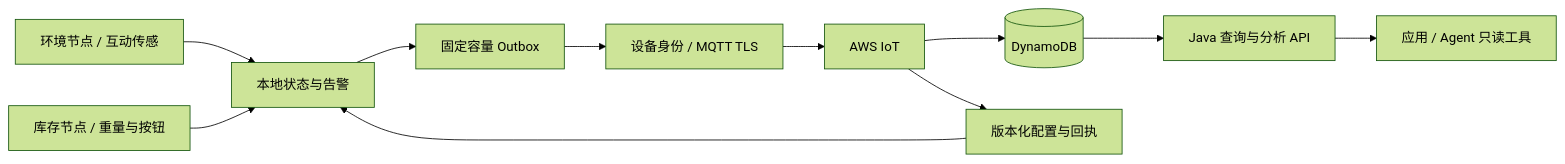
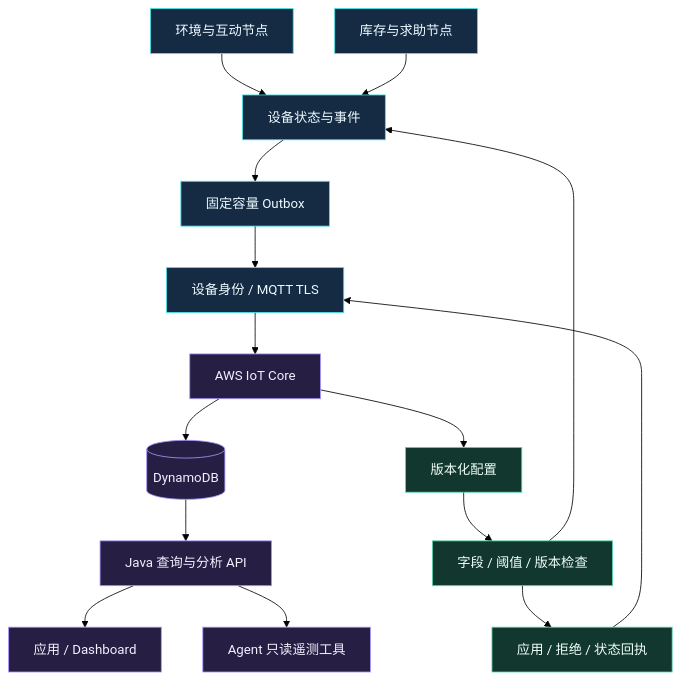
Before and after one commit to KristenYue/smart-supermarket-shelf: the diagram in README.md, drawn with Mermaid (forest theme). The commit also changed other lines of this file, not shown here.

````diff
--- a/README.md
+++ b/README.md
@@ -18,13 +68,27 @@
 ```mermaid
-flowchart LR
-    E[环境节点 / 互动传感] --> S[本地状态与告警]
-    I[库存节点 / 重量与按钮] --> S
-    S --> O[固定容量 Outbox]
-    O --> M[设备身份 / MQTT TLS]
-    M --> A[AWS IoT]
-    A --> D[(DynamoDB)]
-    D --> J[Java 查询与分析 API]
-    J --> U[应用 / Agent 只读工具]
-    A --> C[版本化配置与回执]
-    C --> S
+flowchart TB
+    E["环境与互动节点"] --> S["设备状态与事件"]
+    I["库存与求助节点"] --> S
+
+    S --> O["固定容量 Outbox"]
+    O --> M["设备身份 / MQTT TLS"]
+    M --> A["AWS IoT Core"]
+    A --> D[("DynamoDB")]
+    D --> J["Java 查询与分析 API"]
+    J --> U["应用 / Dashboard"]
+    J --> G["Agent 只读遥测工具"]
+
+    A --> C["版本化配置"]
+    C --> V["字段 / 阈值 / 版本检查"]
+    V --> S
+    V --> R["应用 / 拒绝 / 状态回执"]
+    R --> M
+
+    classDef edge fill:#142b43,stroke:#46dfe5,color:#eefaff;
+    classDef cloud fill:#261e43,stroke:#aa95ff,color:#f4f0ff;
+    classDef control fill:#12372e,stroke:#58d9ac,color:#effff8;
+
+    class E,I,S,O,M edge;
+    class A,D,J,U,G cloud;
+    class C,V,R control;
 ```
````
